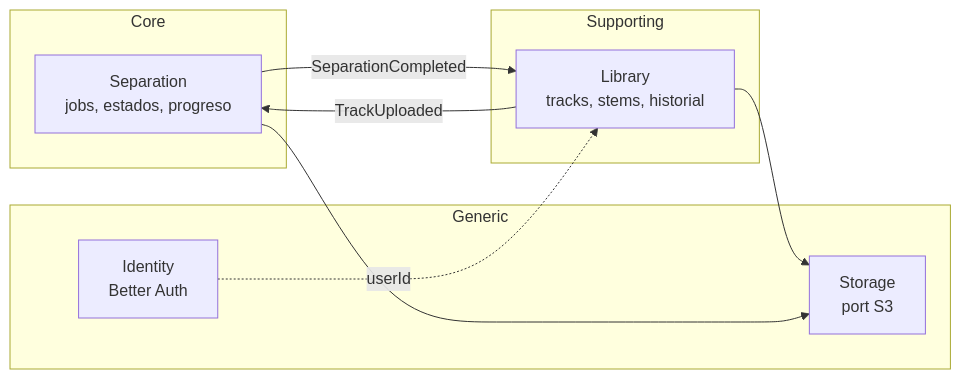
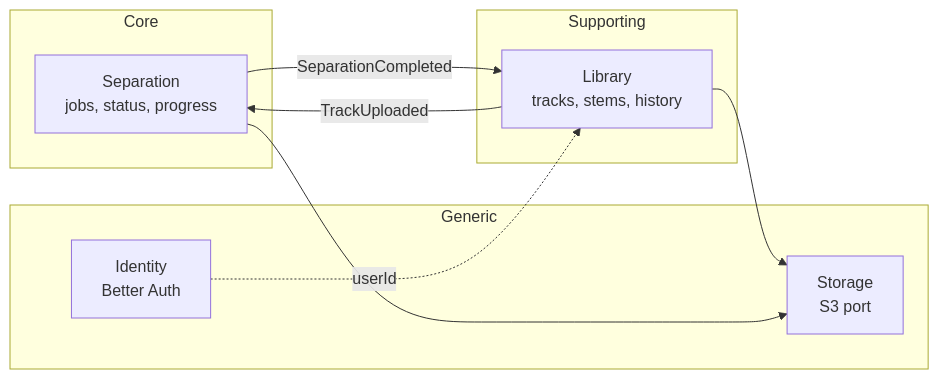
One commit to llOrtegall/unmix changed the first of 2 diagrams in docs/06-domain.md. Above: the diagram before and after it, drawn with Mermaid. The commit also changed other lines of this file and 57 other files, not shown here.

````diff
--- a/docs/06-domain.md
+++ b/docs/06-domain.md
@@ -19,18 +20,18 @@
 ```mermaid
 flowchart LR
   subgraph Core
-    S[Separation<br/>jobs, estados, progreso]
+    S[Separation<br/>jobs, status, progress]
   end
   subgraph Supporting
-    L[Library<br/>tracks, stems, historial]
+    L[Library<br/>tracks, stems, history]
   end
   subgraph Generic
     I[Identity<br/>Better Auth]
-    ST[Storage<br/>port S3]
+    ST[Storage<br/>S3 port]
   end
   L -- TrackUploaded --> S
   S -- SeparationCompleted --> L
   I -. userId .-> L
   L --> ST
   S --> ST
 ```
````
